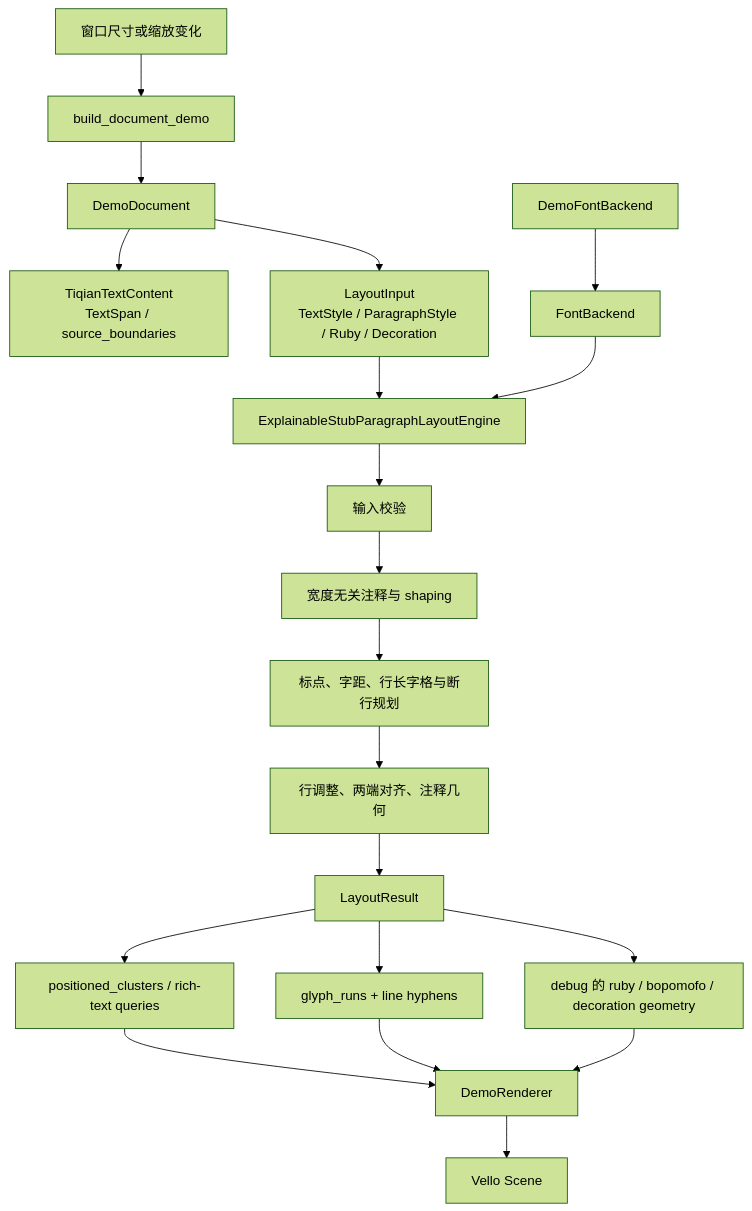
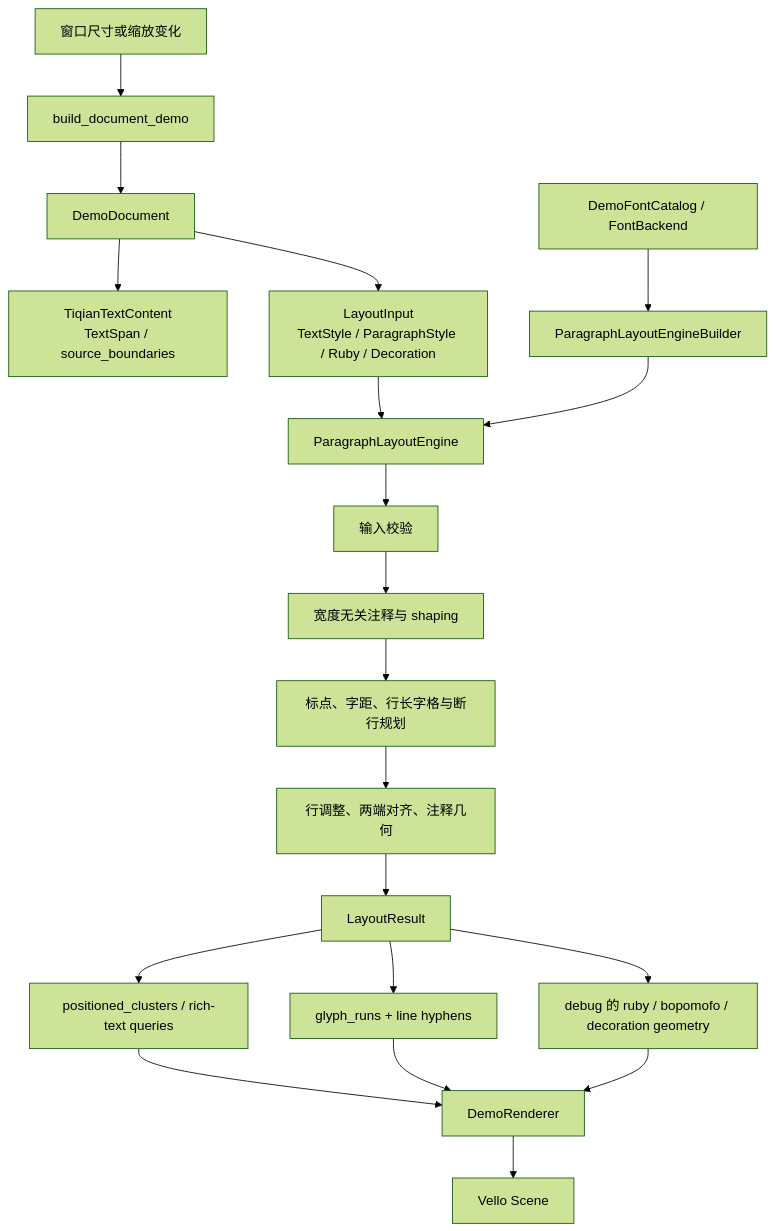
The first of 3 diagrams in docs/api-design-report.md (tiqian-cjk/tiqian-rs), drawn with Mermaid (forest theme) before and after one commit. The commit also changed other lines of this file and 15 other files, not shown here.

Commit message:
refactor: require explicit font backends for paragraph layout engines

````diff
--- a/docs/api-design-report.md
+++ b/docs/api-design-report.md
@@ -175,22 +154,22 @@
 ```mermaid
 flowchart TD
     A[窗口尺寸或缩放变化] --> B[build_document_demo]
     B --> C[DemoDocument]
     C --> D[TiqianTextContent<br/>TextSpan / source_boundaries]
     C --> E[LayoutInput<br/>TextStyle / ParagraphStyle / Ruby / Decoration]
-    F[DemoFontBackend] --> G[FontBackend]
-    G --> J[ExplainableStubParagraphLayoutEngine]
+    F[DemoFontCatalog / FontBackend] --> G[ParagraphLayoutEngineBuilder]
+    G --> J[ParagraphLayoutEngine]
     E --> J
     J --> K[输入校验]
     K --> L[宽度无关注释与 shaping]
     L --> M[标点、字距、行长字格与断行规划]
     M --> N[行调整、两端对齐、注释几何]
     N --> O[LayoutResult]
     O --> P[positioned_clusters / rich-text queries]
     O --> Q[glyph_runs + line hyphens]
     O --> R[debug 的 ruby / bopomofo / decoration geometry]
     P --> S[DemoRenderer]
     Q --> S
     R --> S
     S --> T[Vello Scene]
 ```
````
